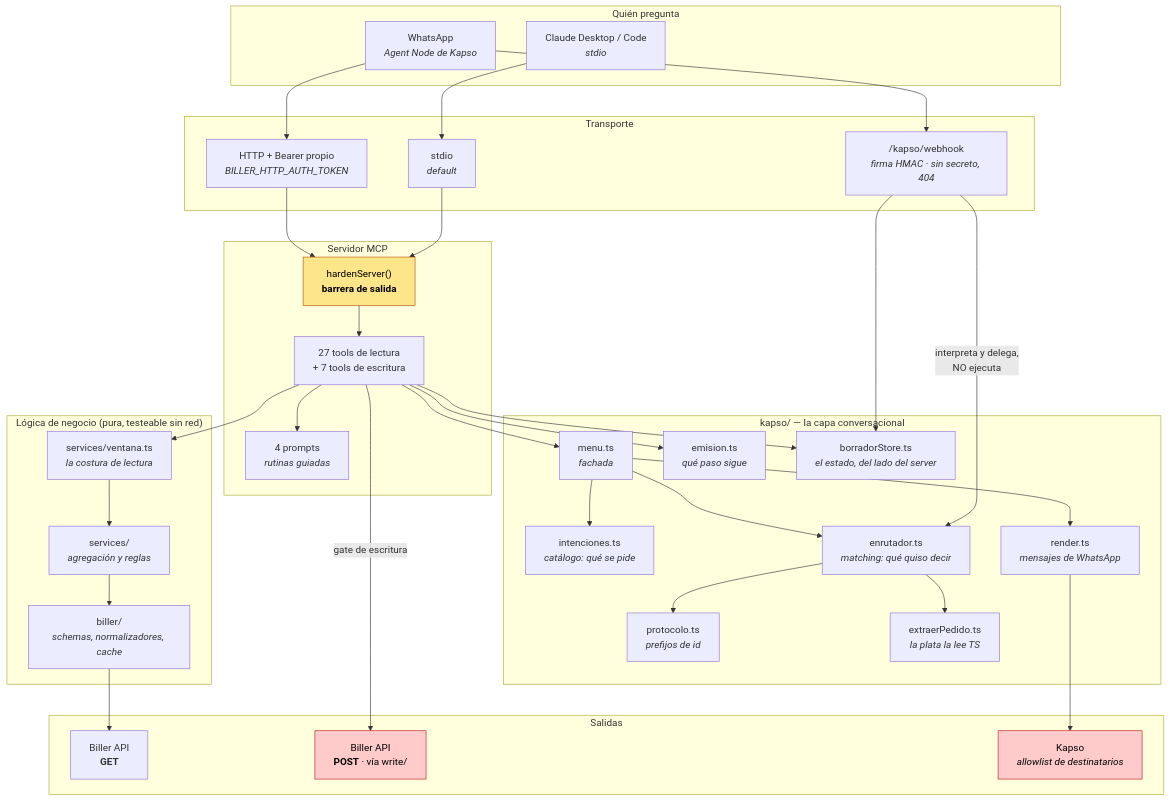
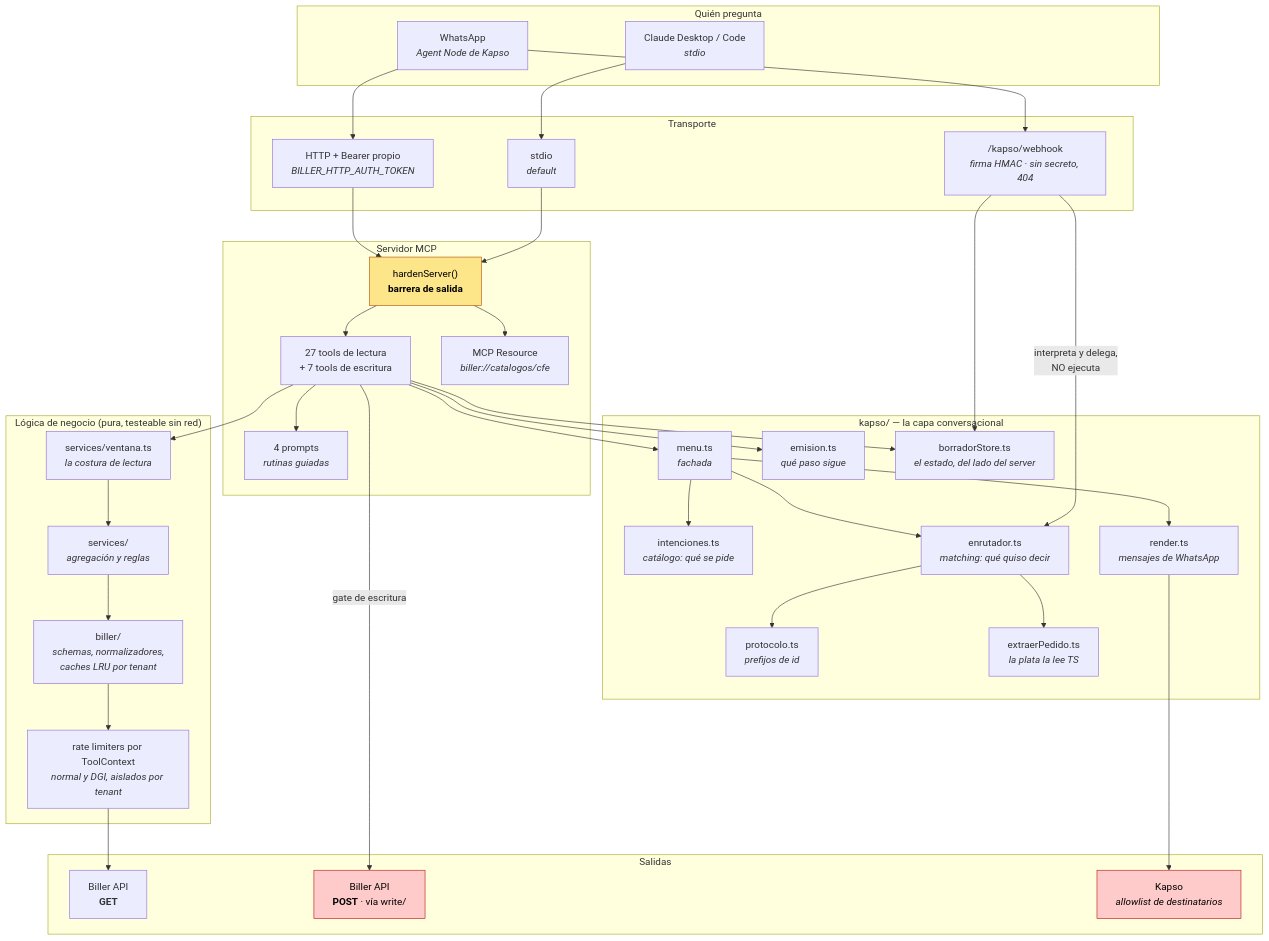
Before and after one commit to MateoFabregat/MCP_Biller: the first of 7 diagrams in docs/ARQUITECTURA.md, drawn with Mermaid. The commit also changed other lines of this file and 4 other files, not shown here.

````diff
--- a/docs/ARQUITECTURA.md
+++ b/docs/ARQUITECTURA.md
@@ -14,70 +14,73 @@
 ```mermaid
 flowchart TB
     subgraph clientes["Quién pregunta"]
         CD["Claude Desktop / Code<br/><i>stdio</i>"]
         WA["WhatsApp<br/><i>Agent Node de Kapso</i>"]
     end
 
     subgraph transporte["Transporte"]
         STDIO["stdio<br/><i>default</i>"]
         HTTP["HTTP + Bearer propio<br/><i>BILLER_HTTP_AUTH_TOKEN</i>"]
         WH["/kapso/webhook<br/><i>firma HMAC · sin secreto, 404</i>"]
     end
 
     subgraph server["Servidor MCP"]
         HARDEN["hardenServer()<br/><b>barrera de salida</b>"]
         TOOLS["27 tools de lectura<br/>+ 7 tools de escritura"]
+        RES["MCP Resource<br/><i>biller://catalogos/cfe</i>"]
         PROMPTS["4 prompts<br/><i>rutinas guiadas</i>"]
     end
 
     subgraph conversacion["kapso/ — la capa conversacional"]
         MENU["menu.ts<br/><i>fachada</i>"]
         INTENC["intenciones.ts<br/><i>catálogo: qué se pide</i>"]
         ENRUT["enrutador.ts<br/><i>matching: qué quiso decir</i>"]
         RENDER["render.ts<br/><i>mensajes de WhatsApp</i>"]
         PROTO["protocolo.ts<br/><i>prefijos de id</i>"]
         EXTRAE["extraerPedido.ts<br/><i>la plata la lee TS</i>"]
         EMIS["emision.ts<br/><i>qué paso sigue</i>"]
         BORR["borradorStore.ts<br/><i>el estado, del lado del server</i>"]
     end
 
     subgraph logica["Lógica de negocio (pura, testeable sin red)"]
         SERV["services/<br/><i>agregación y reglas</i>"]
         VENT["services/ventana.ts<br/><i>la costura de lectura</i>"]
-        SCHEMA["biller/<br/><i>schemas, normalizadores, cache</i>"]
+        SCHEMA["biller/<br/><i>schemas, normalizadores,<br/>caches LRU por tenant</i>"]
+        LIMITES["rate limiters por ToolContext<br/><i>normal y DGI, aislados por tenant</i>"]
     end
 
     subgraph salida["Salidas"]
         GET["Biller API<br/><b>GET</b>"]
         POST["Biller API<br/><b>POST</b> · vía write/"]
         KAPSO["Kapso<br/><i>allowlist de destinatarios</i>"]
     end
 
     CD --> STDIO
     WA --> HTTP
     WA --> WH
     STDIO --> HARDEN
     HTTP --> HARDEN
     WH -- "interpreta y delega,<br/>NO ejecuta" --> ENRUT
     WH --> BORR
     HARDEN --> TOOLS
+    HARDEN --> RES
     TOOLS --> PROMPTS
     TOOLS --> MENU
     MENU --> INTENC
     MENU --> ENRUT
     MENU --> RENDER
     ENRUT --> PROTO
     ENRUT --> EXTRAE
     TOOLS --> EMIS
     TOOLS --> BORR
     TOOLS --> VENT
     VENT --> SERV
     SERV --> SCHEMA
-    SCHEMA --> GET
+    SCHEMA --> LIMITES --> GET
     TOOLS -- "gate de escritura" --> POST
     RENDER --> KAPSO
 
     style HARDEN fill:#fde68a,stroke:#b45309,color:#000
     style POST fill:#fecaca,stroke:#b91c1c,color:#000
     style KAPSO fill:#fecaca,stroke:#b91c1c,color:#000
 ```
````
